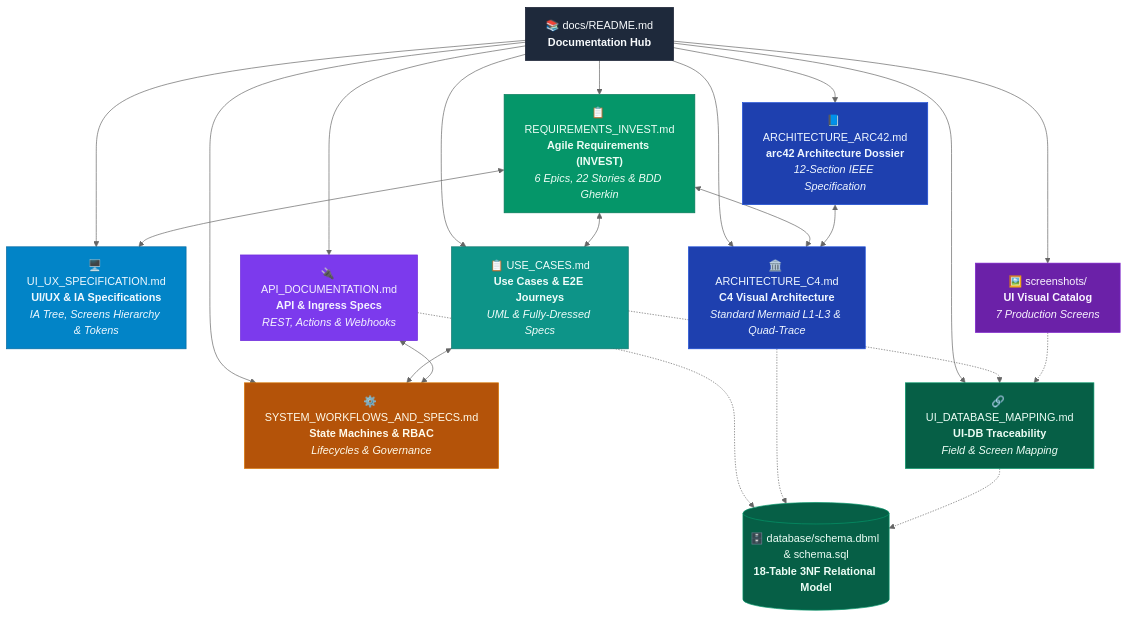
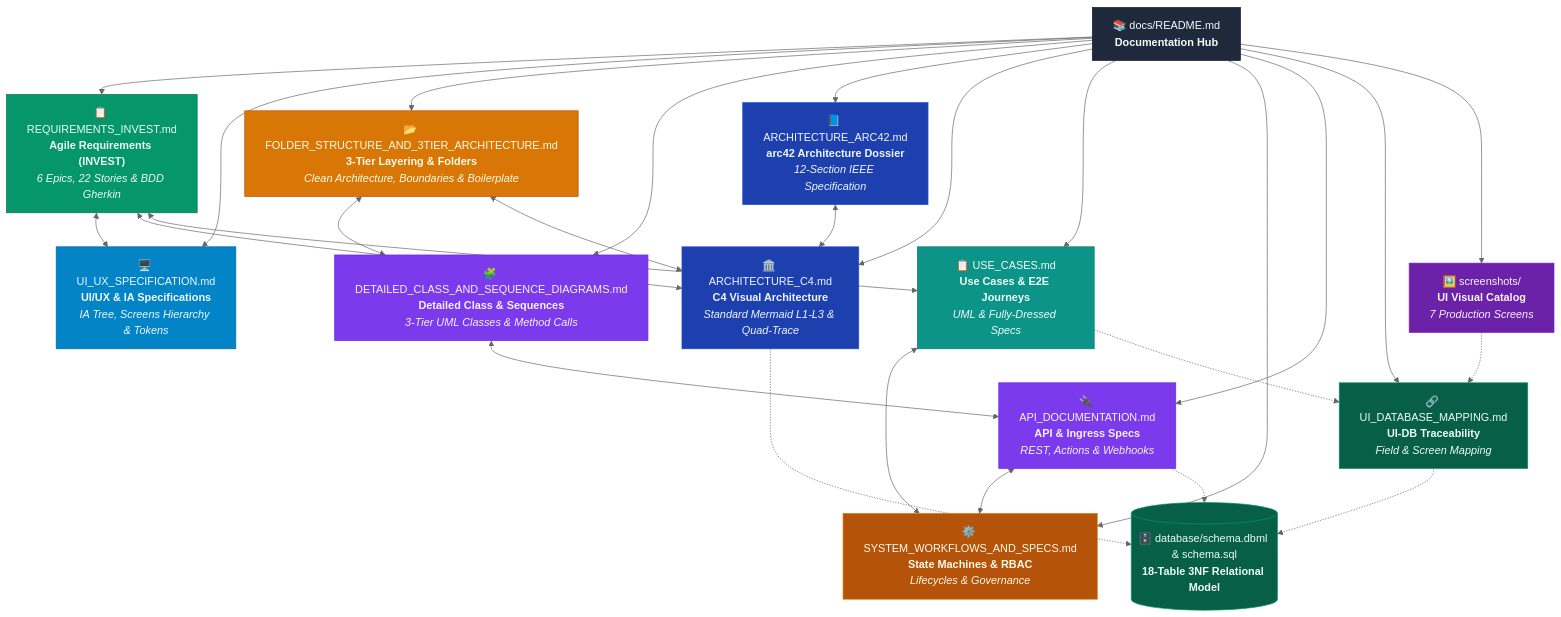
One commit to QuanAnh280605/NguyenAnhQuan-Household-Management changed the diagram in docs/README.md. Above: the diagram before and after it, drawn with Mermaid (neutral theme). The commit also changed other lines of this file and 3 other files, not shown here.

Commit message:
docs: refine requirements, UI/UX specification, and ARC42 architecture

````diff
--- a/docs/README.md
+++ b/docs/README.md
@@ -5,49 +5,58 @@
 ```mermaid
 flowchart TD
     Hub["📚 docs/README.md<br/><b>Documentation Hub</b>"]
     
     Invest["📋 REQUIREMENTS_INVEST.md<br/><b>Agile Requirements (INVEST)</b><br/><i>6 Epics, 22 Stories & BDD Gherkin</i>"]
     UIUX["🖥️ UI_UX_SPECIFICATION.md<br/><b>UI/UX & IA Specifications</b><br/><i>IA Tree, Screens Hierarchy & Tokens</i>"]
+    Folder["📂 FOLDER_STRUCTURE_AND_3TIER_ARCHITECTURE.md<br/><b>3-Tier Layering & Folders</b><br/><i>Clean Architecture, Boundaries & Boilerplate</i>"]
+    UML["🧩 DETAILED_CLASS_AND_SEQUENCE_DIAGRAMS.md<br/><b>Detailed Class & Sequences</b><br/><i>3-Tier UML Classes & Method Calls</i>"]
     Arc42["📘 ARCHITECTURE_ARC42.md<br/><b>arc42 Architecture Dossier</b><br/><i>12-Section IEEE Specification</i>"]
     C4["🏛️ ARCHITECTURE_C4.md<br/><b>C4 Visual Architecture</b><br/><i>Standard Mermaid L1-L3 & Quad-Trace</i>"]
     UseCases["📋 USE_CASES.md<br/><b>Use Cases & E2E Journeys</b><br/><i>UML & Fully-Dressed Specs</i>"]
     Specs["⚙️ SYSTEM_WORKFLOWS_AND_SPECS.md<br/><b>State Machines & RBAC</b><br/><i>Lifecycles & Governance</i>"]
     Api["🔌 API_DOCUMENTATION.md<br/><b>API & Ingress Specs</b><br/><i>REST, Actions & Webhooks</i>"]
     Trace["🔗 UI_DATABASE_MAPPING.md<br/><b>UI-DB Traceability</b><br/><i>Field & Screen Mapping</i>"]
     Shots["🖼️ screenshots/<br/><b>UI Visual Catalog</b><br/><i>7 Production Screens</i>"]
     DB[("🗄️ database/schema.dbml & schema.sql<br/><b>18-Table 3NF Relational Model</b>")]
 
     Hub --> Invest
     Hub --> UIUX
+    Hub --> Folder
+    Hub --> UML
     Hub --> Arc42
     Hub --> C4
     Hub --> UseCases
     Hub --> Specs
     Hub --> Api
     Hub --> Trace
     Hub --> Shots
 
     Invest <--> UIUX
     Invest <--> C4
     Invest <--> UseCases
+    Folder <--> UML
+    Folder <--> C4
+    UML <--> Api
     Arc42 <--> C4
     UseCases <--> Specs
     Api <--> Specs
     Api -.-> DB
     C4 -.-> DB
     Trace -.-> DB
     UseCases -.-> Trace
     Shots -.-> Trace
 
     style Hub fill:#1e293b,stroke:#0f172a,color:#f8fafc
     style Invest fill:#059669,stroke:#047857,color:#ecfdf5
     style UIUX fill:#0284c7,stroke:#0369a1,color:#f0f9ff
+    style Folder fill:#d97706,stroke:#b45309,color:#fffbeb
+    style UML fill:#7c3aed,stroke:#6d28d9,color:#f5f3ff
     style Arc42 fill:#1e40af,stroke:#1d4ed8,color:#eff6ff
     style C4 fill:#1e40af,stroke:#1d4ed8,color:#eff6ff
     style UseCases fill:#0d9488,stroke:#0f766e,color:#f0fdfa
     style Specs fill:#b45309,stroke:#d97706,color:#fffbeb
     style Api fill:#7c3aed,stroke:#6d28d9,color:#f5f3ff
     style DB fill:#065f46,stroke:#059669,color:#ecfdf5
     style Trace fill:#065f46,stroke:#059669,color:#ecfdf5
     style Shots fill:#6b21a8,stroke:#7e22ce,color:#faf5ff
 ```
````
